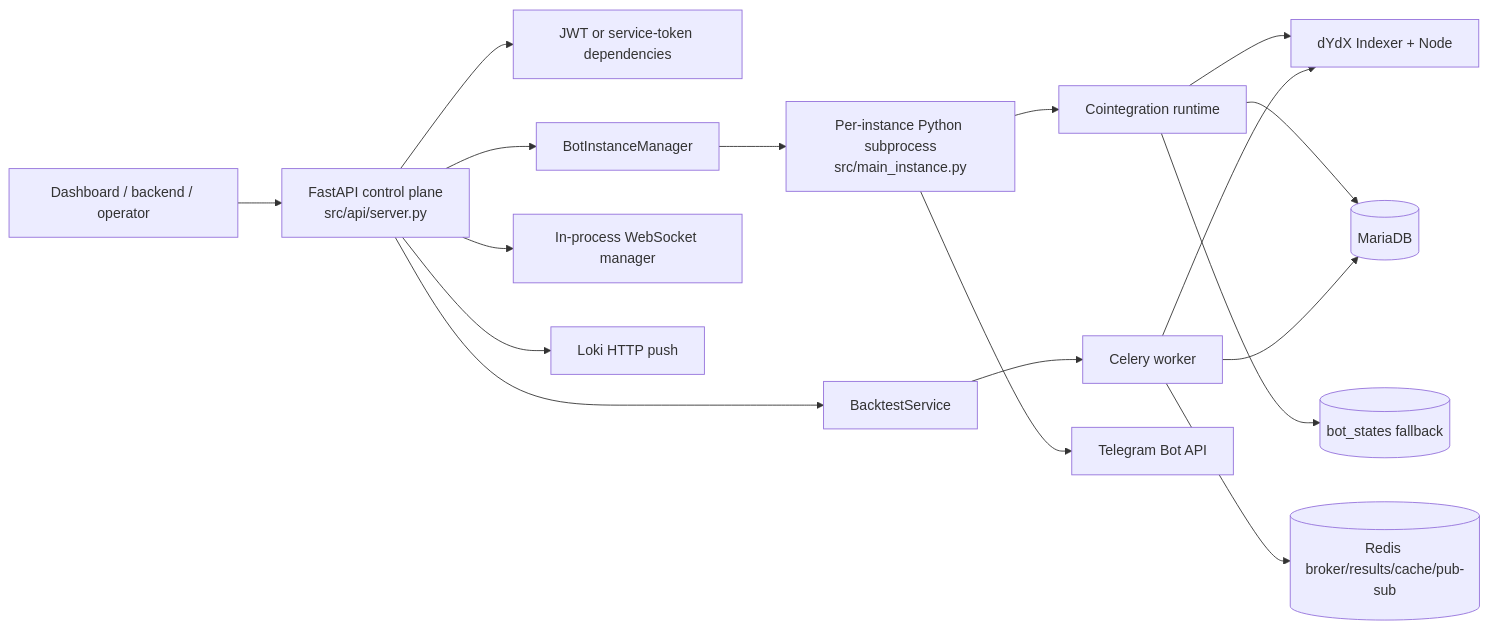
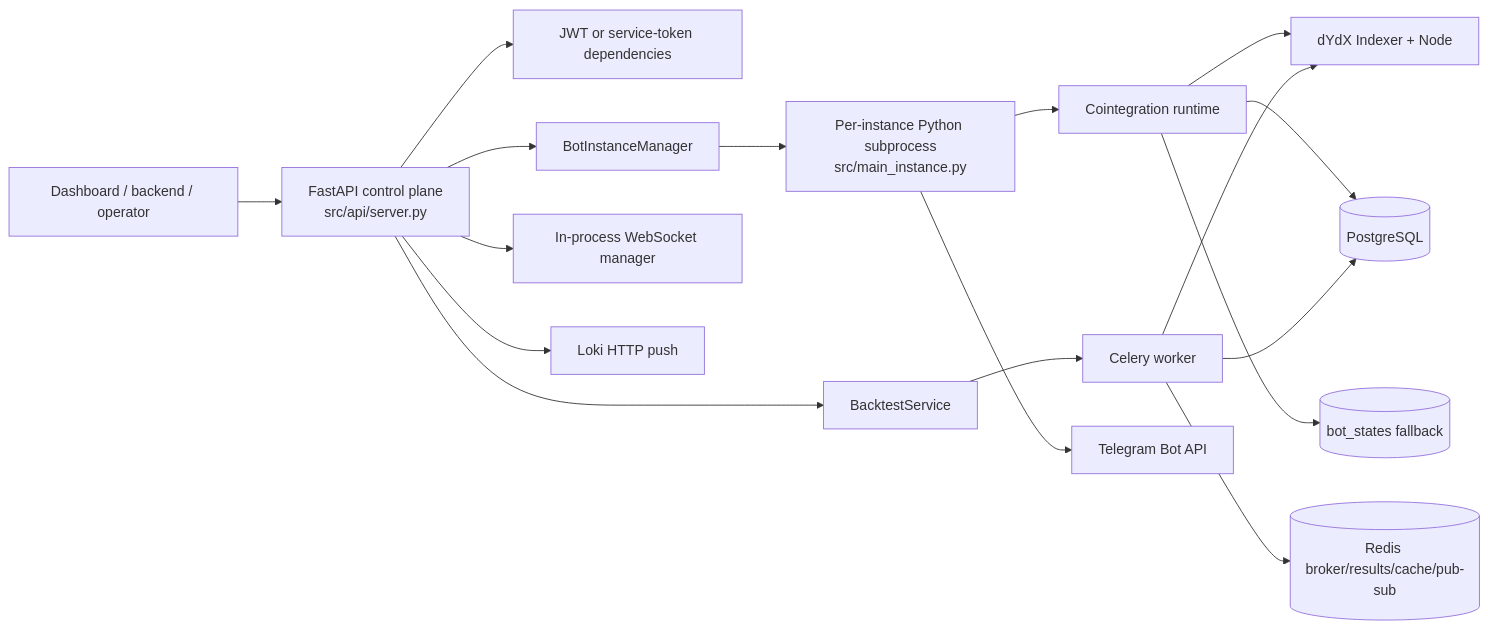
One commit to cploutarchou/dydx-trading-bot changed the diagram in bot/flows/README.md. Above: the diagram before and after it, drawn with Mermaid. The commit also changed other lines of this file and 194 other files, not shown here.

````diff
--- a/bot/flows/README.md
+++ b/bot/flows/README.md
@@ -20,19 +20,19 @@
 ```mermaid
 flowchart LR
     Caller[Dashboard / backend / operator] --> API[FastAPI control plane\nsrc/api/server.py]
     API --> Auth[JWT or service-token dependencies]
     API --> Manager[BotInstanceManager]
     Manager --> Worker[Per-instance Python subprocess\nsrc/main_instance.py]
     Worker --> Trading[Cointegration runtime]
     Trading --> DYDX[dYdX Indexer + Node]
-    Trading --> DB[(MariaDB)]
+    Trading --> DB[(PostgreSQL)]
     Trading --> Files[(bot_states fallback)]
     API --> Backtest[BacktestService]
     Backtest --> Celery[Celery worker]
     Celery --> Redis[(Redis broker/results/cache/pub-sub)]
     Celery --> DYDX
     Celery --> DB
     API --> WS[In-process WebSocket manager]
     Worker --> Telegram[Telegram Bot API]
     API --> Loki[Loki HTTP push]
 ```
````
